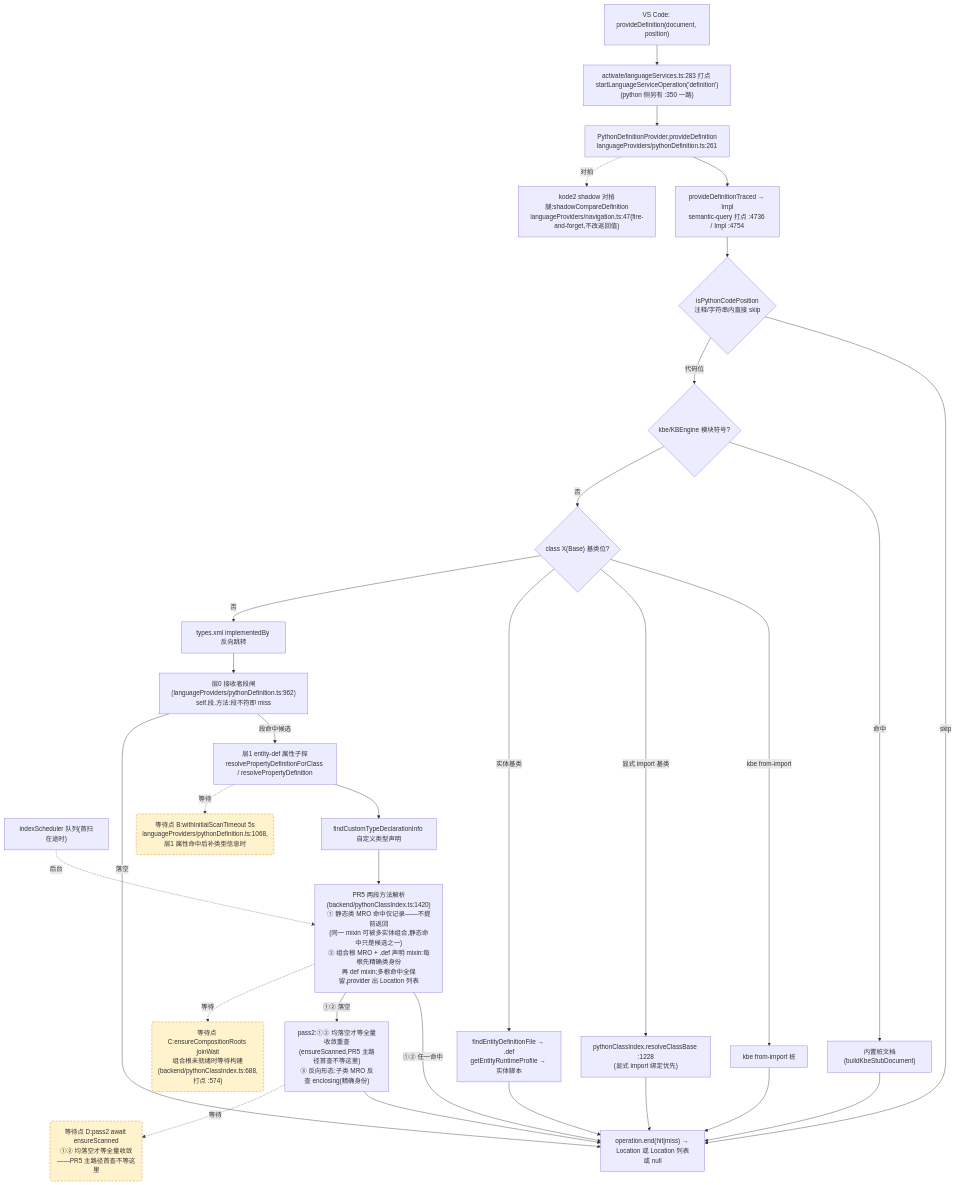
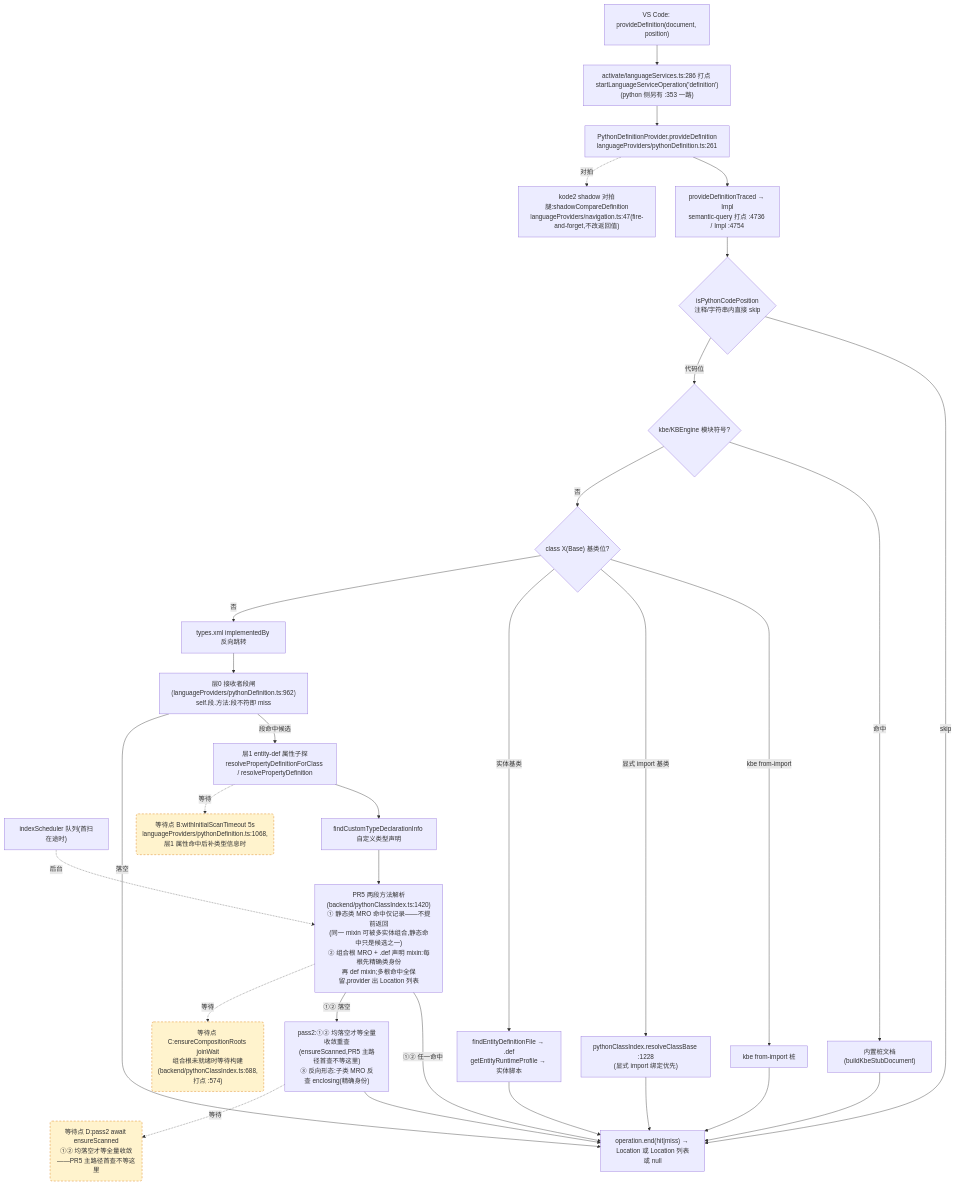
The second of 4 diagrams in docs/perf/2026-baseline.md (cuihairu/kode), drawn with Mermaid before and after one commit. The commit also changed other lines of this file and 21 other files, not shown here.

````diff
--- a/docs/perf/2026-baseline.md
+++ b/docs/perf/2026-baseline.md
@@ -147,51 +147,51 @@
 ```mermaid
 flowchart TD
   VC2["VS Code: provideDefinition(document, position)"]
-  M2["activate/languageServices.ts:283 打点 startLanguageServiceOperation('definition')<br/>(python 侧另有 :350 一路)"]
+  M2["activate/languageServices.ts:286 打点 startLanguageServiceOperation('definition')<br/>(python 侧另有 :353 一路)"]
   AD2["PythonDefinitionProvider.provideDefinition<br/>languageProviders/pythonDefinition.ts:261"]
   TR["provideDefinitionTraced → Impl<br/>semantic-query 打点 :4736 / Impl :4754"]
   CTX{"isPythonCodePosition<br/>注释/字符串内直接 skip"}
   KBE{"kbe/KBEngine 模块符号?"}
   STUB["内置桩文档(buildKbeStubDocument)"]
   CB{"class X(Base) 基类位?"}
   CB1["kbe from-import 桩"]
   CB2["pythonClassIndex.resolveClassBase :1228<br/>(显式 import 绑定优先)"]
   CB3["findEntityDefinitionFile → .def<br/>getEntityRuntimeProfile → 实体脚本"]
   REV["types.xml implementedBy 反向跳转"]
   L0["层0 接收者段闸(languageProviders/pythonDefinition.ts:962)<br/>self.段.方法:段不符即 miss"]
   L1["层1 entity-def 属性子探<br/>resolvePropertyDefinitionForClass / resolvePropertyDefinition"]
   SCAN["indexScheduler 队列(首扫在途时)"]
   TY["findCustomTypeDeclarationInfo 自定义类型声明"]
   MRO["PR5 两段方法解析(backend/pythonClassIndex.ts:1420)<br/>① 静态类 MRO 命中仅记录——不提前返回<br/>(同一 mixin 可被多实体组合,静态命中只是候选之一)<br/>② 组合根 MRO + .def 声明 mixin:每根先精确类身份<br/>再 def mixin;多根命中全保留,provider 出 Location 列表"]
   PASS2["pass2:①② 均落空才等全量收敛重查<br/>(ensureScanned,PR5 主路径首查不等这里)<br/>③ 反向形态:子类 MRO 反查 enclosing(精确身份)"]
   SHD["kode2 shadow 对拍腿:shadowCompareDefinition<br/>languageProviders/navigation.ts:47(fire-and-forget,不改返回值)"]
   END2["operation.end(hit|miss) → Location 或 Location 列表或 null"]
 
   VC2 --> M2 --> AD2 --> TR --> CTX
   CTX -- "skip" --> END2
   CTX -- "代码位" --> KBE
   KBE -- "命中" --> STUB --> END2
   KBE -- "否" --> CB
   CB -- "kbe from-import" --> CB1 --> END2
   CB -- "显式 import 基类" --> CB2 --> END2
   CB -- "实体基类" --> CB3 --> END2
   CB -- "否" --> REV --> L0
   L0 -- "段命中候选" --> L1
   L0 -- "落空" --> END2
   L1 --> TY
   TY --> MRO
   MRO -- "①② 任一命中" --> END2
   MRO -- "①② 落空" --> PASS2 --> END2
   AD2 -.->|对拍| SHD
 
   WAITB("等待点 B:withInitialScanTimeout 5s<br/>languageProviders/pythonDefinition.ts:1068,层1 属性命中后补类型信息时")
   WAITC("等待点 C:ensureCompositionRoots joinWait<br/>组合根未就绪时等待构建(backend/pythonClassIndex.ts:688,打点 :574)")
   WAITD("等待点 D:pass2 await ensureScanned<br/>①② 均落空才等全量收敛——PR5 主路径首查不等这里")
   L1 -.->|等待| WAITB
   MRO -.->|等待| WAITC
   PASS2 -.->|等待| WAITD
   SCAN -.->|后台| MRO
 
   classDef waitPoint fill:#fff3cd,stroke:#d97706,stroke-dasharray:5 4;
   class WAITB,WAITC,WAITD waitPoint;
 ```
````
